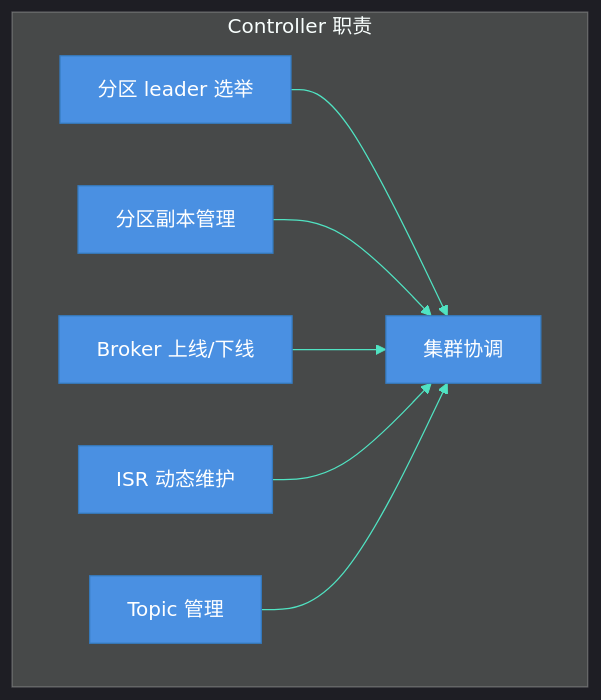
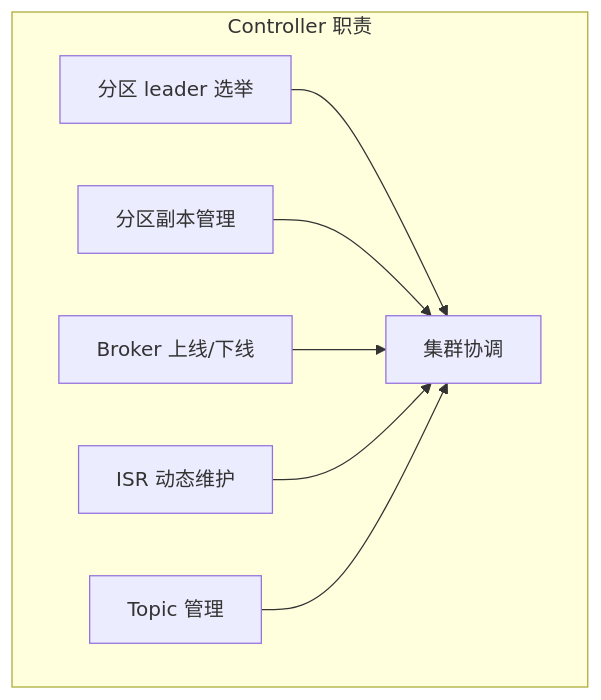
One commit to dd-xiaozhi/study-notes changed diagram 13 of 15 in 中间件/消息队列/kafka/第2章-核心原理.md. Above: the diagram before and after it, drawn with Mermaid. The commit also changed other lines of this file and 45 other files, not shown here.

````diff
--- a/中间件/消息队列/kafka/第2章-核心原理.md
+++ b/中间件/消息队列/kafka/第2章-核心原理.md
@@ -777,31 +680,24 @@
 ```mermaid
-%%{init: {'theme': 'dark', 'themeVariables': {
+%%{ init: { 'theme': 'dark', 'themeVariables': {
     'primaryColor': '#4A90E2',
     'primaryTextColor': '#fff',
     'primaryBorderColor': '#357ABD',
     'lineColor': '#50E3C2',
     'secondaryColor': '#66BB6A',
     'tertiaryColor': '#9575CD',
     'noteBkgColor': '#2C3E50',
     'noteTextColor': '#ECF0F1',
     'actorBkg': '#4A90E2',
     'actorBorder': '#357ABD',
     'signalColor': '#50E3C2',
     'signalTextColor': '#fff'
-}}}%%
+} }%%
 flowchart TD
-    classDef primary fill:#4A90E2,stroke:#357ABD,color:#fff
-    classDef success fill:#66BB6A,stroke:#4CAF50,color:#fff
-    classDef warning fill:#FFA726,stroke:#FB8C00,color:#fff
-    classDef danger fill:#EF5350,stroke:#E53935,color:#fff
-    classDef purple fill:#9575CD,stroke:#7E57C2,color:#fff
-    classDef cyan fill:#4DD0E1,stroke:#26C6DA,color:#fff
     subgraph Controller 职责
         A1[分区 leader 选举] --> A[集群协调]
         A2[分区副本管理] --> A
         A3[Broker 上线/下线] --> A
         A4[ISR 动态维护] --> A
         A5[Topic 管理] --> A
     end
-    class A,A1,A2,A3,A4,A5 primary
 ```
````
